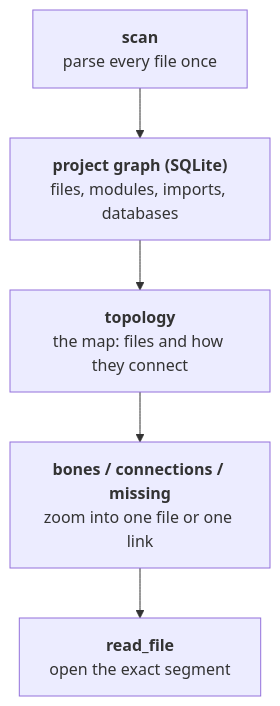
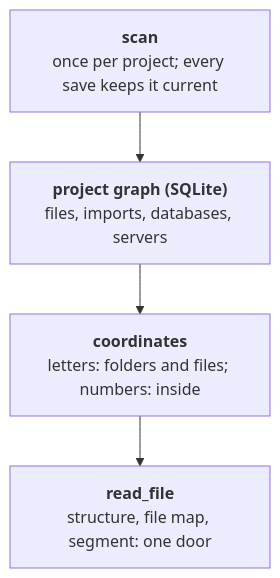
One commit to itamos-technologia/itamos-mcp-tools changed the seventh of 16 diagrams in docs/PAPER.md. Above: the diagram before and after it, drawn with Mermaid. The commit also changed other lines of this file and 2 other files, not shown here.

First line of the commit message:
Paper: describe the current tools

````diff
--- a/docs/PAPER.md
+++ b/docs/PAPER.md
@@ -236,12 +234,10 @@
 ```mermaid
 flowchart TD
-  n0["<b>scan</b><br/>parse every file once"]
-  n1["<b>project graph (SQLite)</b><br/>files, modules, imports, databases"]
-  n2["<b>topology</b><br/>the map: files and how they connect"]
-  n3["<b>bones / connections / missing</b><br/>zoom into one file or one link"]
-  n4["<b>read_file</b><br/>open the exact segment"]
+  n0["<b>scan</b><br/>once per project; every save keeps it current"]
+  n1["<b>project graph (SQLite)</b><br/>files, imports, databases, servers"]
+  n2["<b>coordinates</b><br/>letters: folders and files; numbers: inside"]
+  n3["<b>read_file</b><br/>structure, file map, segment: one door"]
   n0 --> n1
   n1 --> n2
   n2 --> n3
-  n3 --> n4
 ```
````
